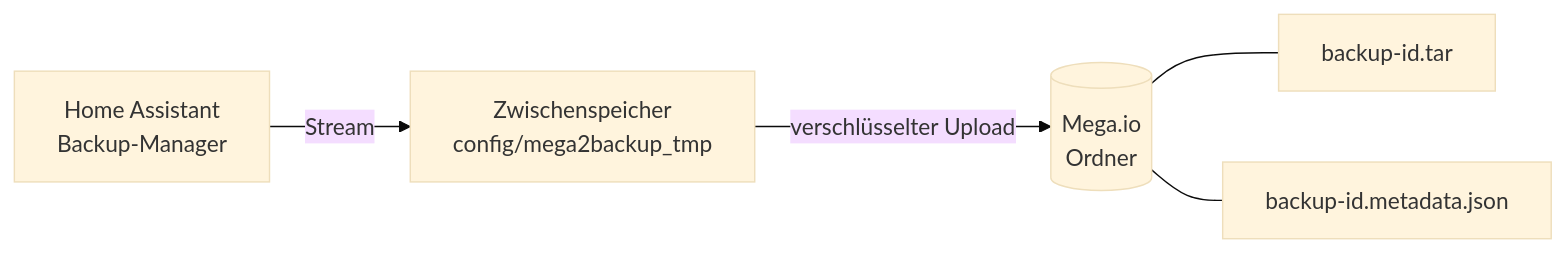
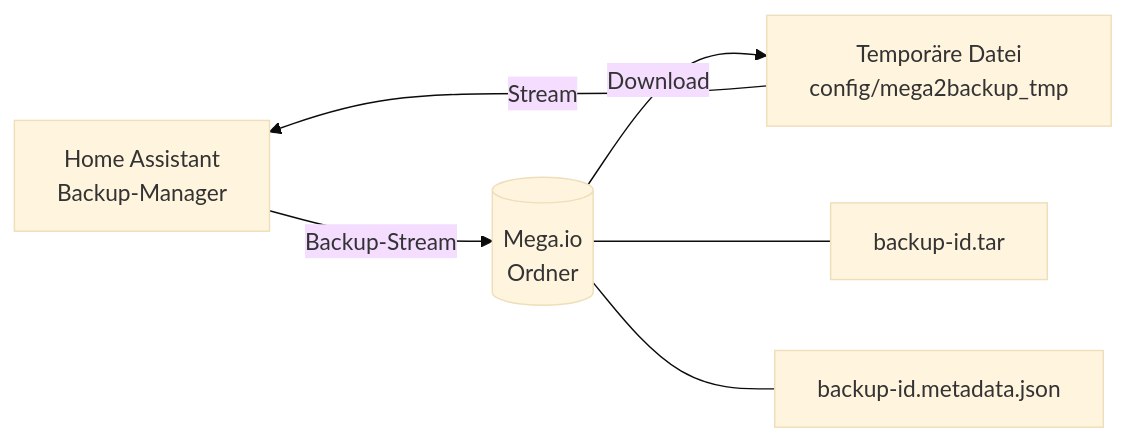
One commit to Schnax3/mega2backup changed the diagram in README.md. Above: the diagram before and after it, drawn with Mermaid (base theme). The commit also changed other lines of this file and 4 other files, not shown here.

Commit message:
Stream backups directly to MEGA

````diff
--- a/README.md
+++ b/README.md
@@ -112,7 +112,8 @@
 ```mermaid
 flowchart LR
-    HA[Home Assistant<br/>Backup-Manager] -->|Stream| T[Zwischenspeicher<br/>config/mega2backup_tmp]
-    T -->|verschlüsselter Upload| M[(Mega.io<br/>Ordner)]
+    HA[Home Assistant<br/>Backup-Manager] -->|Backup-Stream| M[(Mega.io<br/>Ordner)]
+    M -->|Download| T[Temporäre Datei<br/>config/mega2backup_tmp]
+    T -->|Stream| HA
     M --- F1[backup-id.tar]
     M --- F2[backup-id.metadata.json]
 ```
````
